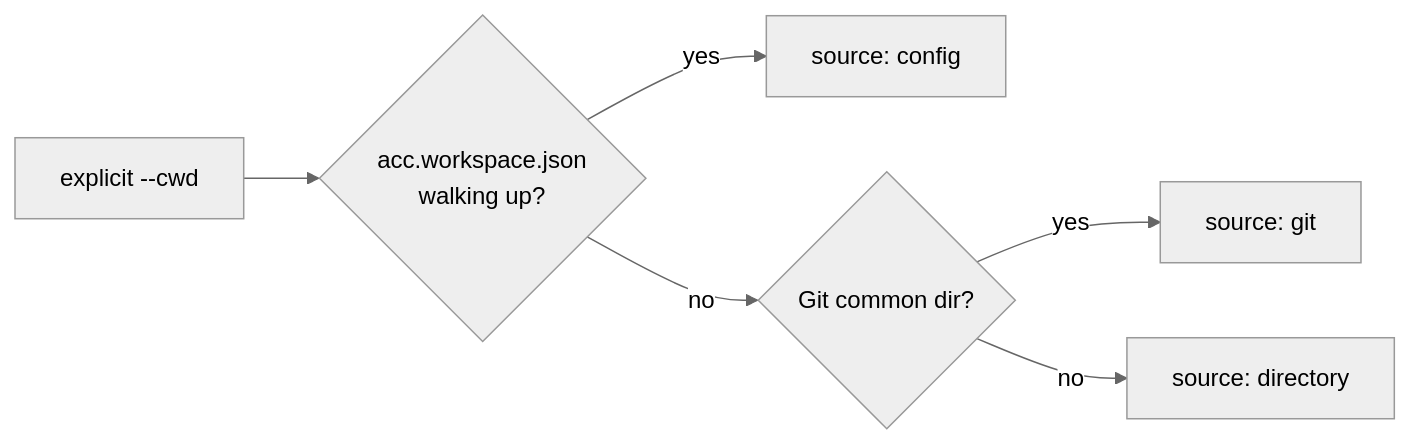
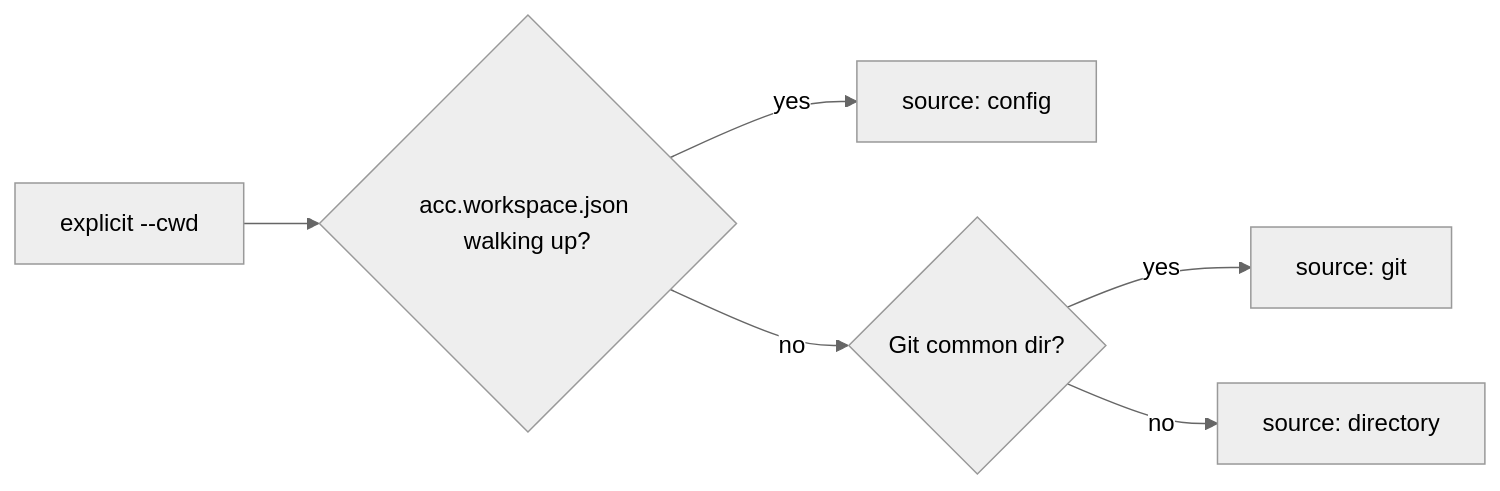
Before and after one commit to automatis-tools/agents-can-communicate: the second of 2 diagrams in docs/ARCHITECTURE.md, drawn with Mermaid (neutral theme). The commit also changed other lines of this file and 8 other files, not shown here.

````diff
--- a/docs/ARCHITECTURE.md
+++ b/docs/ARCHITECTURE.md
@@ -55,8 +53,8 @@
 ```mermaid
 graph LR
-  A[explicit --cwd] --> B{acc.workspace.json<br/>walking up?}
+  A[explicit --cwd] --> B{acc.workspace.json walking up?}
   B -->|yes| C[source: config]
   B -->|no| D{Git common dir?}
   D -->|yes| E[source: git]
   D -->|no| F[source: directory]
 ```
````
